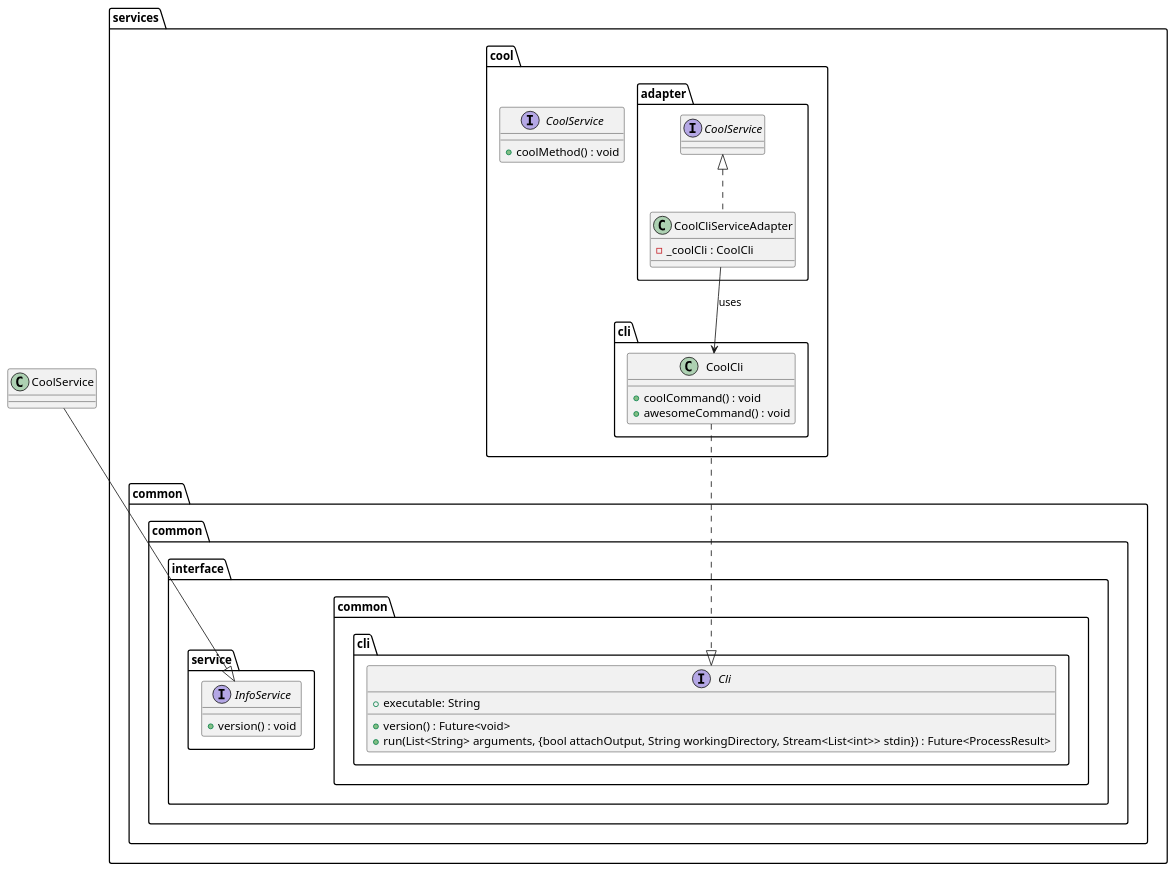
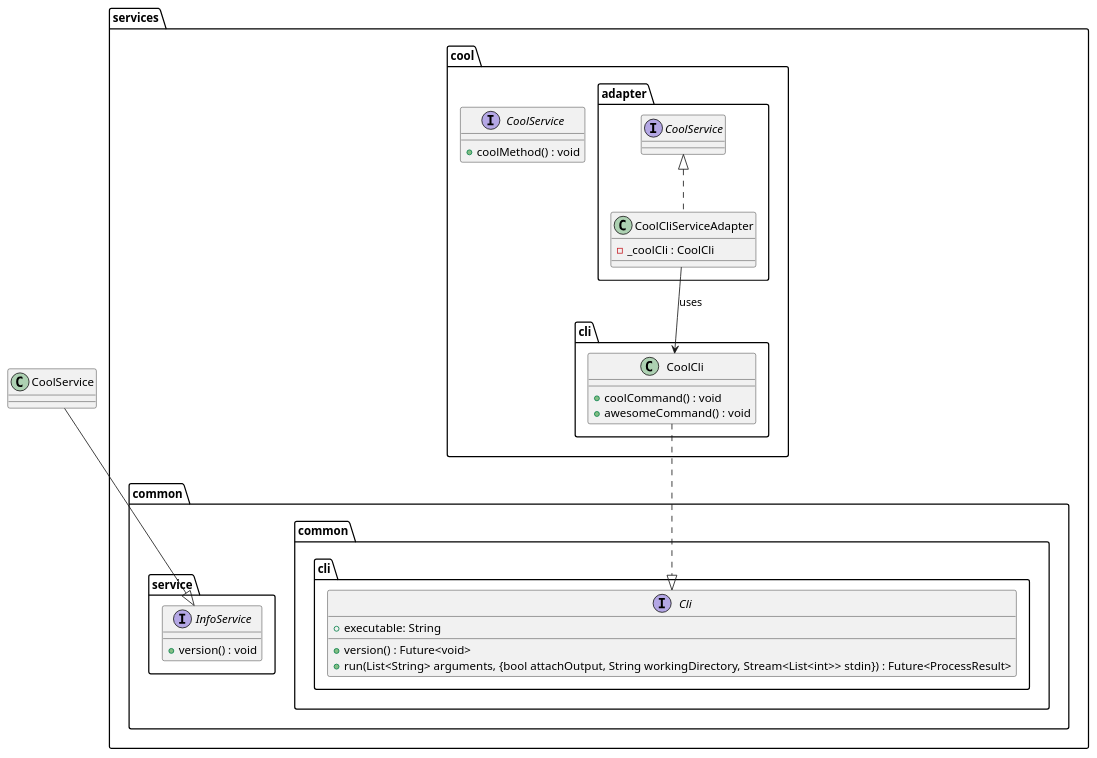
Before and after one commit to Flank/flank-dashboard: the diagram in metrics/cli/docs/diagrams/cli_interfaces_class_diagram.puml, drawn with PlantUML. The commit also changed 4 other files, not shown here.

```diff
--- a/metrics/cli/docs/diagrams/cli_interfaces_class_diagram.puml
+++ b/metrics/cli/docs/diagrams/cli_interfaces_class_diagram.puml
@@ -1,48 +1,45 @@
 @startuml cli_interfaces_class_diagram
 
 package services {
     package cool as services.cool {
         interface CoolService{
             + coolMethod() : void
         }
 
         package adapter {
             class CoolCliServiceAdapter implements CoolService {
                 - _coolCli : CoolCli
             }
        }
 
         package cli {
             class CoolCli {
                 + coolCommand() : void
                 + awesomeCommand() : void
             }
         }
     }
 
     package common {
-        package interface as common.interface {
-            package cli as common.cli {
-                interface Cli {
-                    + executable: String
-                    + version() : Future<void>
-                    + run(List<String> arguments, {bool attachOutput, String workingDirectory, Stream<List<int>> stdin}) : Future<ProcessResult>
-                }
+        package cli as common.cli {
+            interface Cli {
+                + executable: String
+                + version() : Future<void>
+                + run(List<String> arguments, {bool attachOutput, String workingDirectory, Stream<List<int>> stdin}) : Future<ProcessResult>
             }
+        }
 
-            package service {
-                interface InfoService {
-                    + version() : void
-                }
+        package service {
+            interface InfoService {
+                + version() : void
             }
         }
     }
-
 }
 
 CoolCliServiceAdapter -down-> CoolCli : uses
 
 CoolService --|> InfoService
 CoolCli ..|> Cli
 
 @enduml
```
